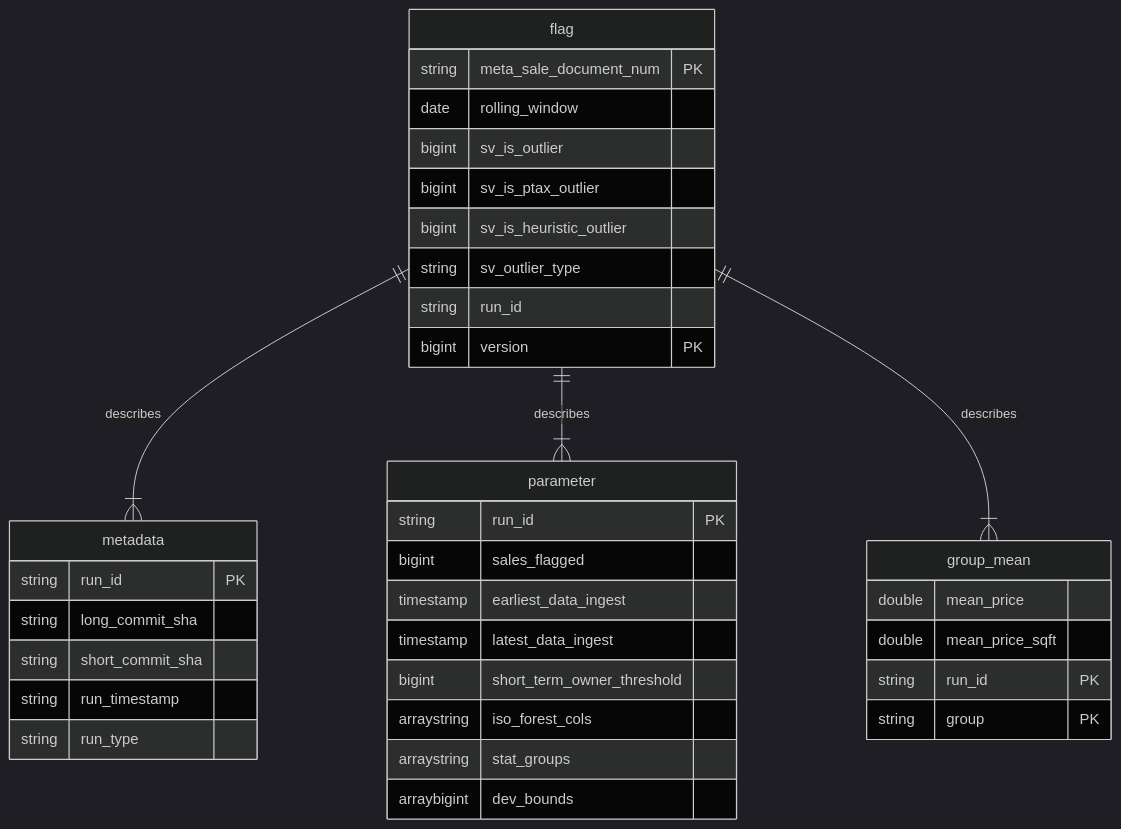
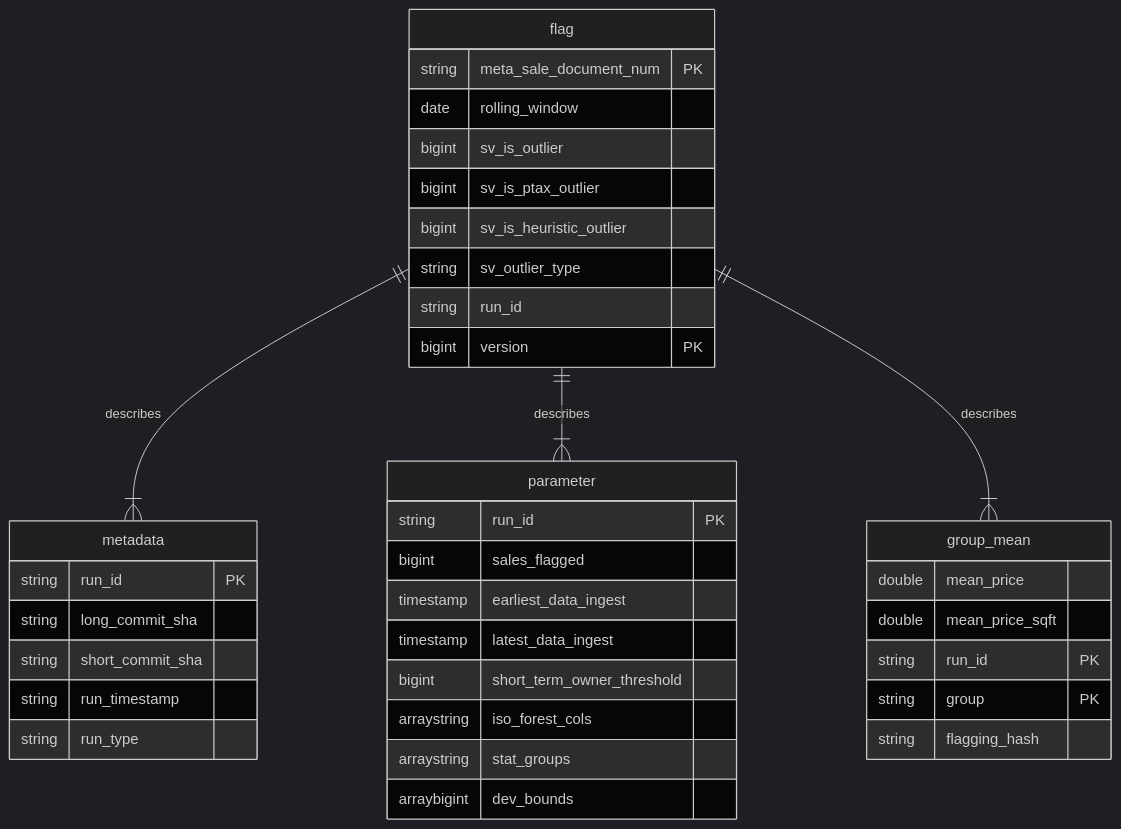
One commit to ccao-data/model-sales-val changed the diagram in README.md. Above: the diagram before and after it, drawn with Mermaid (dark theme).

Commit message:
add hash is to diagram

````diff
--- a/README.md
+++ b/README.md
@@ -27,42 +27,43 @@
 ``` mermaid
 erDiagram
     flag ||--|{ metadata : describes
     flag ||--|{ parameter : describes
     flag ||--|{ group_mean : describes
     
     flag {
         string meta_sale_document_num PK
         date rolling_window
         bigint sv_is_outlier
         bigint sv_is_ptax_outlier
         bigint sv_is_heuristic_outlier
         string sv_outlier_type
         string run_id 
         bigint version PK
 
     }
     metadata {
         string run_id PK
         string long_commit_sha
         string short_commit_sha
         string run_timestamp
         string run_type
     }
     parameter {
         string run_id PK
         bigint sales_flagged
         timestamp earliest_data_ingest
         timestamp latest_data_ingest 
         bigint short_term_owner_threshold
         arraystring iso_forest_cols
         arraystring stat_groups
         arraybigint dev_bounds
     }
 
     group_mean {
         double mean_price
         double mean_price_sqft
         string run_id PK
         string group PK
+        string flagging_hash
     }
 ```
````
